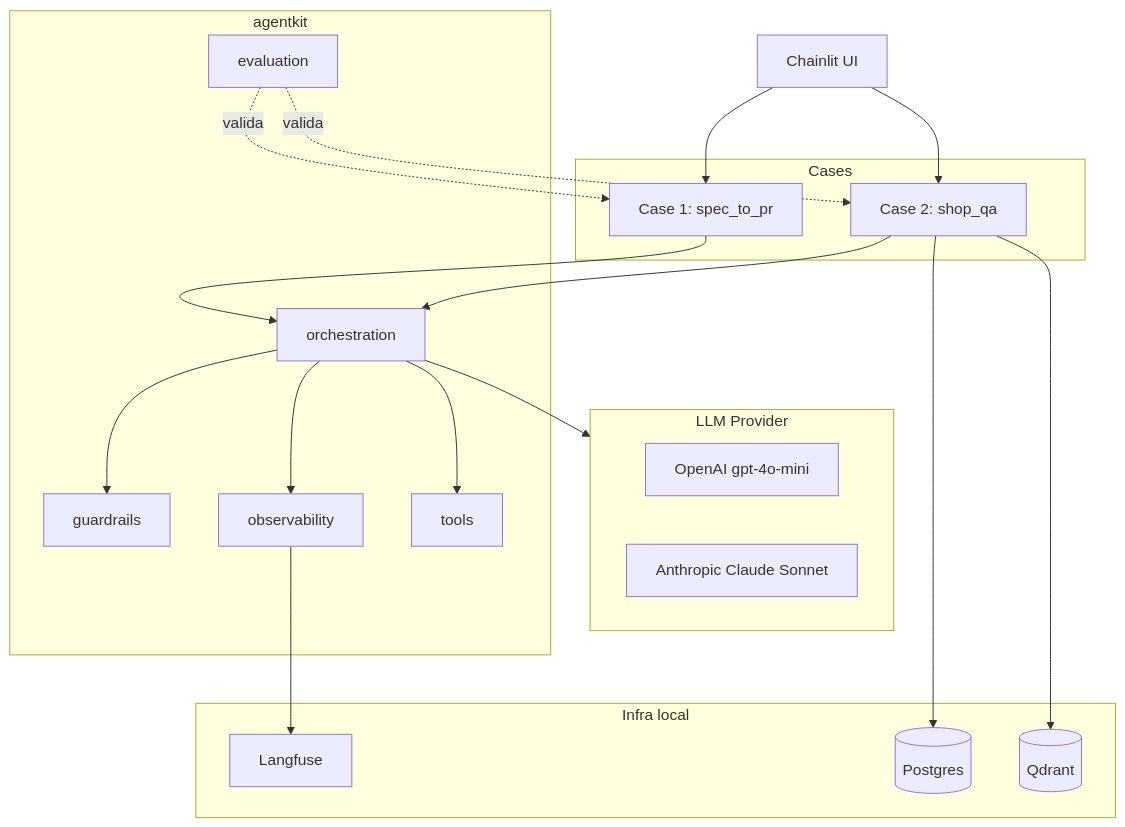
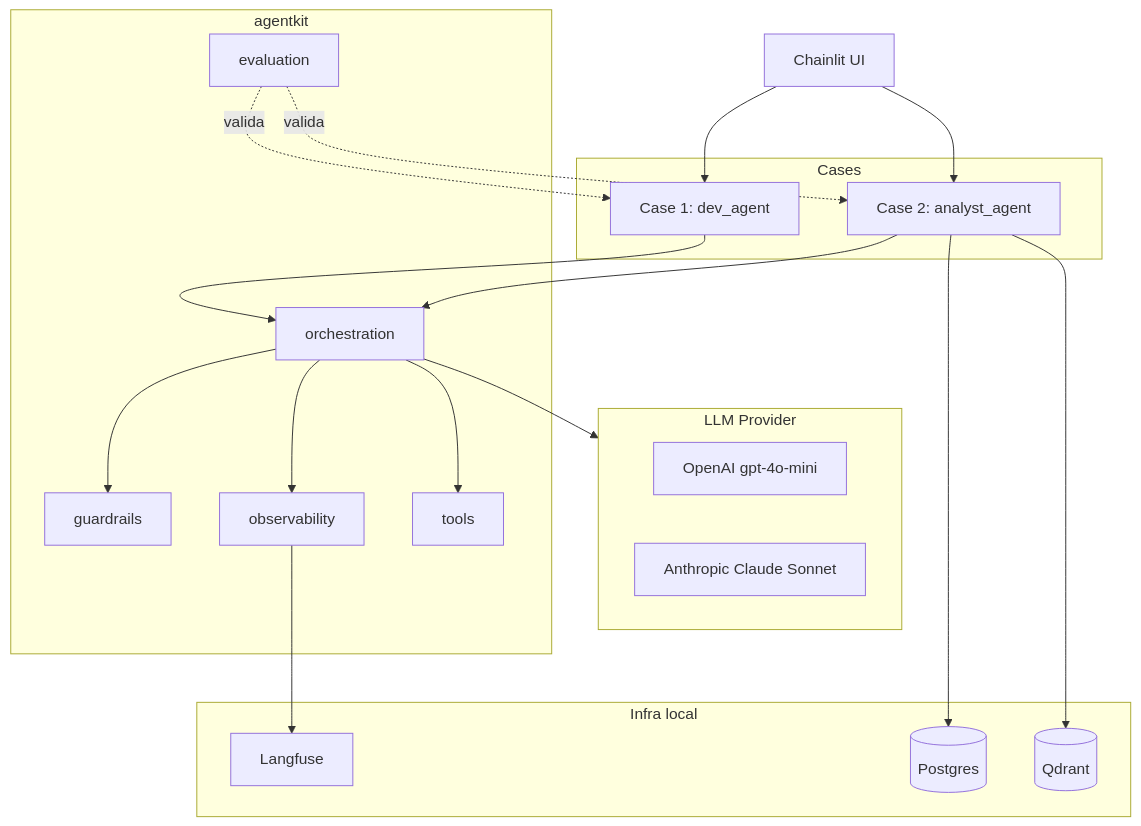
Before and after one commit to ToniJansen/framework_multiagentes: the first of 3 diagrams in start.md, drawn with Mermaid. The commit also changed other lines of this file, not shown here.

Commit message:
update start.md: rename cases spec_to_pr → dev_agent, shop_qa → analyst_agent

````diff
--- a/start.md
+++ b/start.md
@@ -36,42 +36,42 @@
 ```mermaid
 flowchart TB
     subgraph CASES["Cases"]
-        C1["Case 1: spec_to_pr"]
-        C2["Case 2: shop_qa"]
+        C1["Case 1: dev_agent"]
+        C2["Case 2: analyst_agent"]
     end
 
     subgraph FRAMEWORK["agentkit"]
         ORCH["orchestration"]
         GR["guardrails"]
         OBS["observability"]
         EVAL["evaluation"]
         TOOLS["tools"]
     end
 
     subgraph INFRA["Infra local"]
         PG[("Postgres")]
         QD[("Qdrant")]
         LF["Langfuse"]
     end
 
     subgraph LLM["LLM Provider"]
         OAI["OpenAI gpt-4o-mini"]
         ANT["Anthropic Claude Sonnet"]
     end
 
     UI["Chainlit UI"]
 
     C1 --> ORCH
     C2 --> ORCH
     ORCH --> GR
     ORCH --> OBS
     ORCH --> TOOLS
     ORCH --> LLM
     C2 --> PG
     C2 --> QD
     OBS --> LF
     EVAL -.->|valida| C1
     EVAL -.->|valida| C2
     UI --> C1
     UI --> C2
 ```
````
